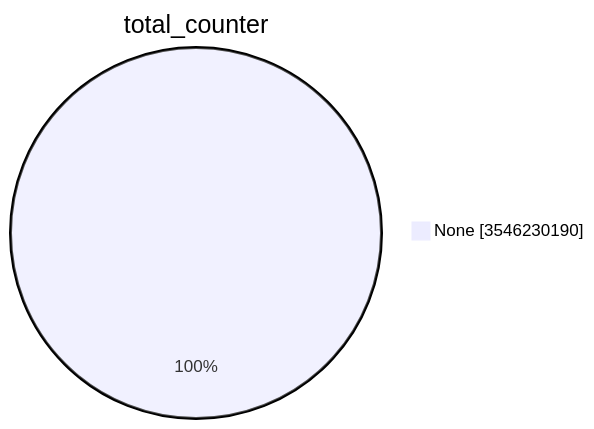
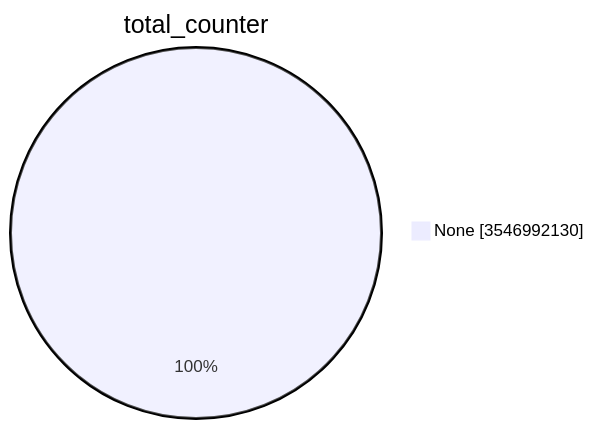
One commit to christiankrug/ctmonitor_visualization changed the first of 15 diagrams in TOTAL/README.md. Above: the diagram before and after it, drawn with Mermaid. The commit also changed other lines of this file, not shown here.

````diff
--- a/TOTAL/README.md
+++ b/TOTAL/README.md
@@ -1,5 +1,5 @@
 ```mermaid
 pie showData
 title total_counter
-"None" :3546230190
+"None" :3546992130
 ```
````
